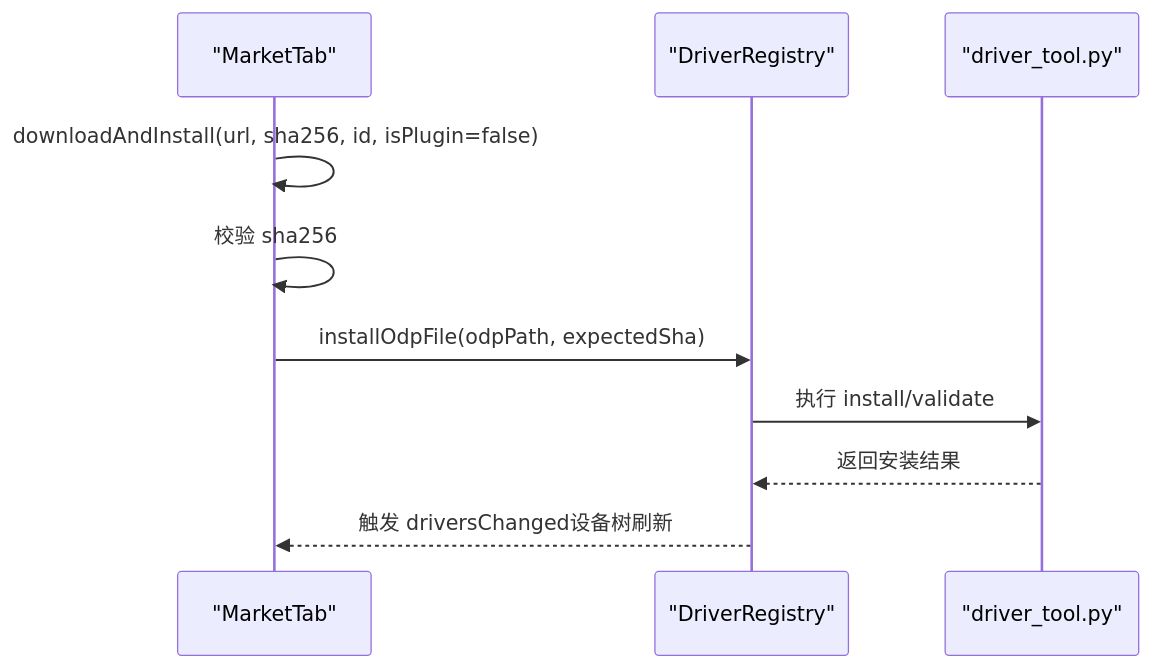
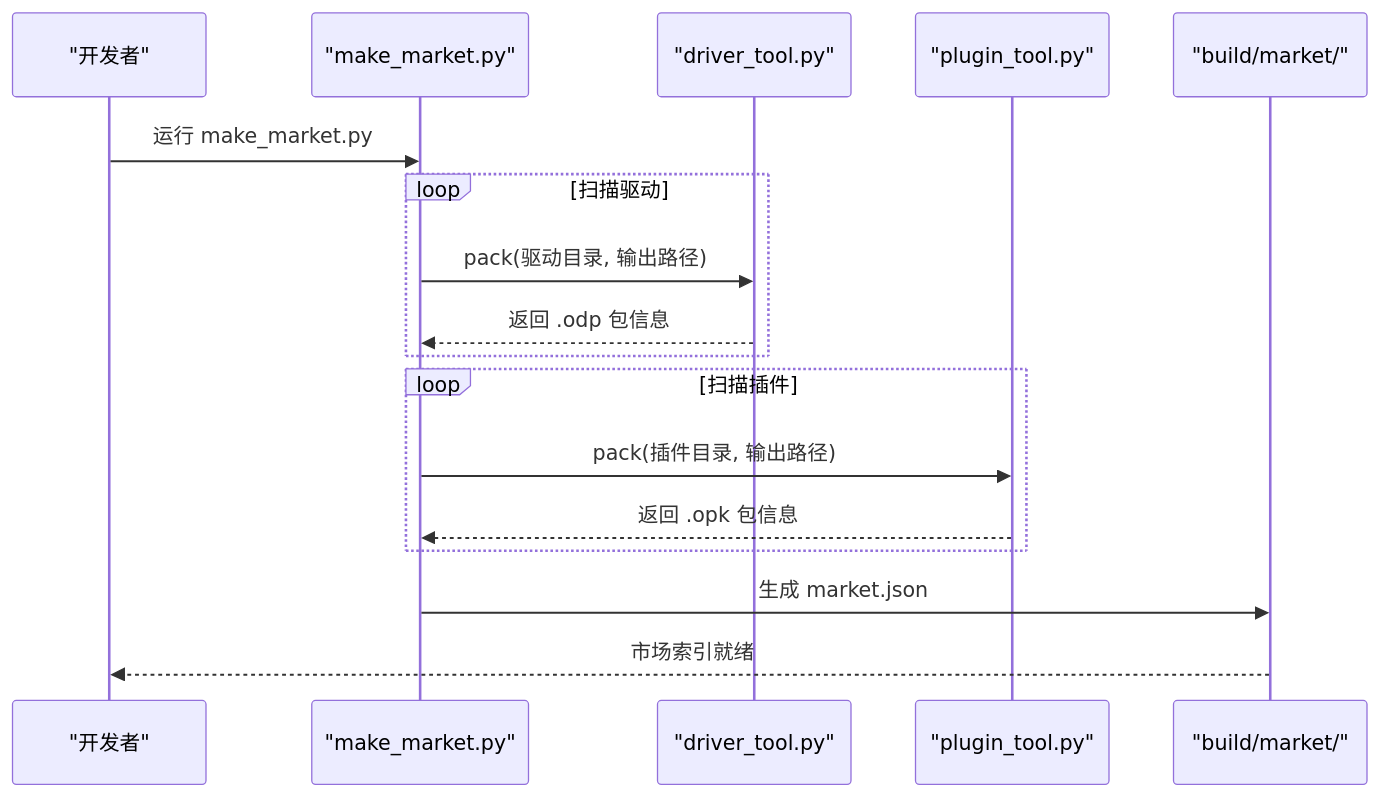
One commit to jakecai1225-design/OpenBus changed the fourth of 6 diagrams in .qoder/repowiki/zh/content/架构设计/插件系统架构/插件市场系统.md. Above: the diagram before and after it, drawn with Mermaid. The commit also changed other lines of this file and 151 other files, not shown here.

````diff
--- a/.qoder/repowiki/zh/content/架构设计/插件系统架构/插件市场系统.md
+++ b/.qoder/repowiki/zh/content/架构设计/插件系统架构/插件市场系统.md
@@ -388,12 +311,19 @@
 ```mermaid
 sequenceDiagram
-participant UI as "MarketTab"
-participant DR as "DriverRegistry"
-participant Tool as "driver_tool.py"
-UI->>UI : downloadAndInstall(url, sha256, id, isPlugin=false)
-UI->>UI : 校验 sha256
-UI->>DR : installOdpFile(odpPath, expectedSha)
-DR->>Tool : 执行 install/validate
-Tool-->>DR : 返回安装结果
-DR-->>UI : 触发 driversChanged设备树刷新
+participant Dev as "开发者"
+participant Maker as "make_market.py"
+participant DriverTool as "driver_tool.py"
+participant PluginTool as "plugin_tool.py"
+participant Output as "build/market/"
+Dev->>Maker : 运行 make_market.py
+loop 扫描驱动
+Maker->>DriverTool : pack(驱动目录, 输出路径)
+DriverTool-->>Maker : 返回 .odp 包信息
+end
+loop 扫描插件
+Maker->>PluginTool : pack(插件目录, 输出路径)
+PluginTool-->>Maker : 返回 .opk 包信息
+end
+Maker->>Output : 生成 market.json
+Output-->>Dev : 市场索引就绪
 ```
````
